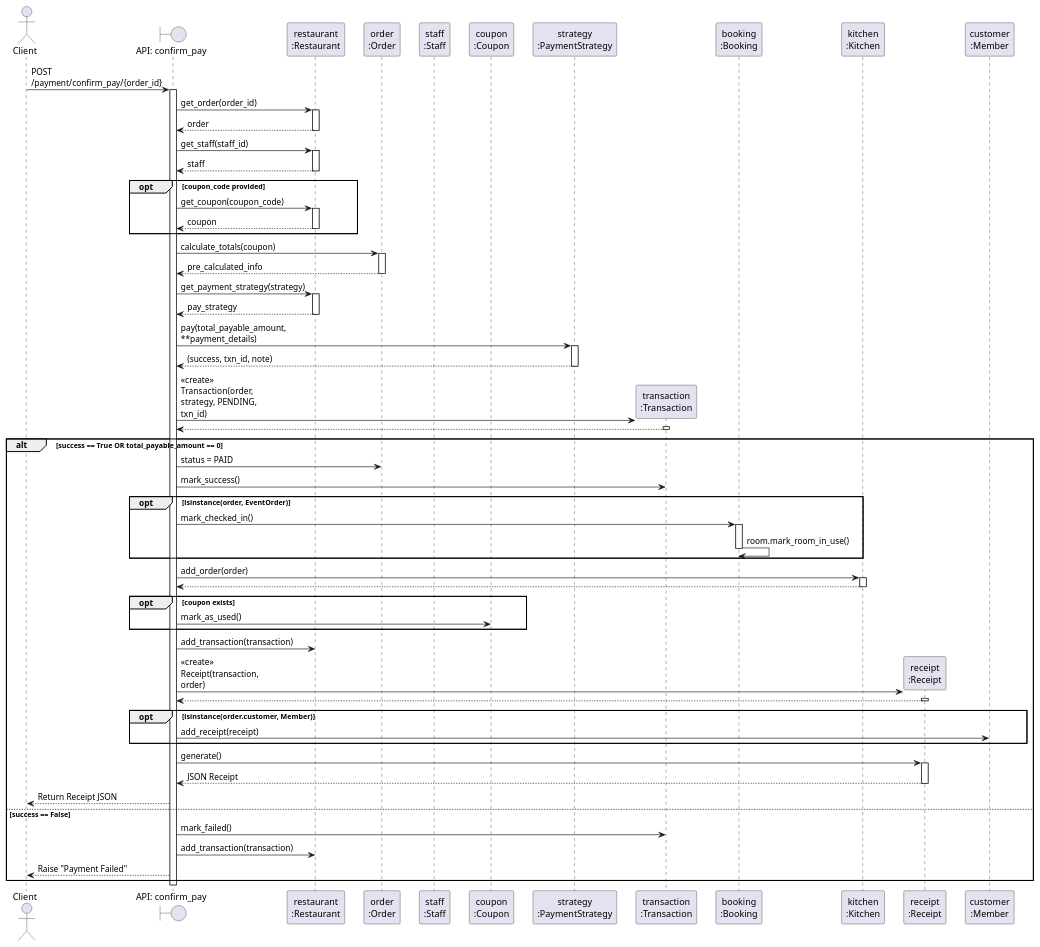
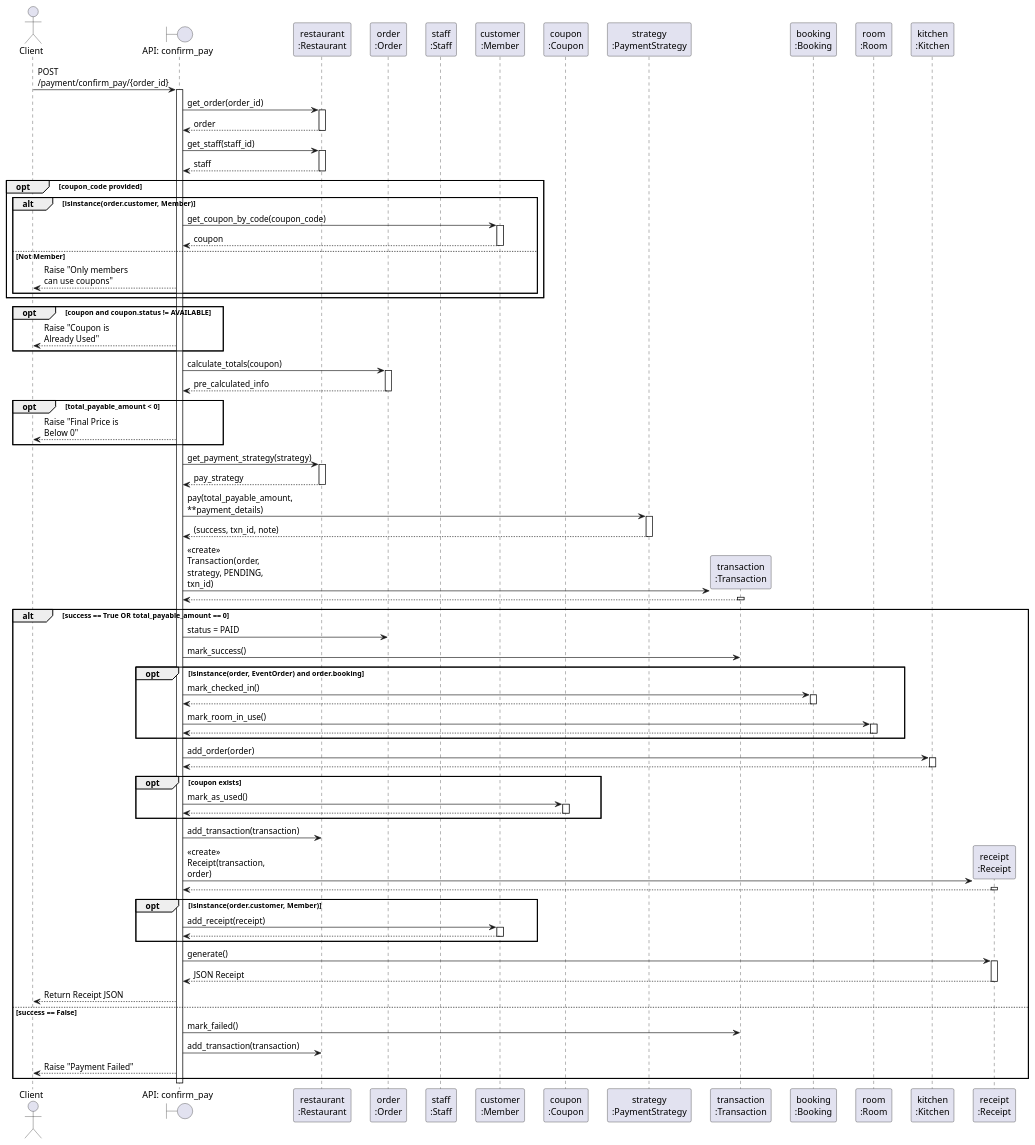
The diagram in project_dev/sequence_pay.puml (Telnwza/OOP), drawn with PlantUML before and after one commit.

Commit message:
Refactor confirm_pay sequence diagram: enhance coupon handling for members, add room usage marking, and improve transaction flow.

```diff
--- a/project_dev/sequence_pay.puml
+++ b/project_dev/sequence_pay.puml
@@ -1,105 +1,128 @@
 @startuml ConfirmPaySequence
 skinparam maxMessageSize 150
 skinparam ParticipantPadding 10
 skinparam BoxPadding 10
 
 actor Client
 boundary "API: confirm_pay" as API
 participant "restaurant\n:Restaurant" as Rest
 participant "order\n:Order" as Order
 participant "staff\n:Staff" as Staff
+participant "customer\n:Member" as Member
 participant "coupon\n:Coupon" as Coupon
 participant "strategy\n:PaymentStrategy" as Strategy
 participant "transaction\n:Transaction" as Txn
 participant "booking\n:Booking" as Booking
+participant "room\n:Room" as Room
 participant "kitchen\n:Kitchen" as Kitchen
 participant "receipt\n:Receipt" as Receipt
-participant "customer\n:Member" as Member
 
 Client -> API : POST /payment/confirm_pay/{order_id}
 activate API
 
 API -> Rest : get_order(order_id)
 activate Rest
 Rest --> API : order
 deactivate Rest
 
 API -> Rest : get_staff(staff_id)
 activate Rest
 Rest --> API : staff
 deactivate Rest
 
 opt coupon_code provided
-    API -> Rest : get_coupon(coupon_code)
-    activate Rest
-    Rest --> API : coupon
-    deactivate Rest
+    alt isinstance(order.customer, Member)
+        API -> Member : get_coupon_by_code(coupon_code)
+        activate Member
+        Member --> API : coupon
+        deactivate Member
+    else Not Member
+        API --> Client : Raise "Only members can use coupons"
+    end
+end
+
+opt coupon and coupon.status != AVAILABLE
+    API --> Client : Raise "Coupon is Already Used"
 end
 
 API -> Order : calculate_totals(coupon)
 activate Order
 Order --> API : pre_calculated_info
 deactivate Order
+
+opt total_payable_amount < 0
+    API --> Client : Raise "Final Price is Below 0"
+end
 
 API -> Rest : get_payment_strategy(strategy)
 activate Rest
 Rest --> API : pay_strategy
 deactivate Rest
 
 API -> Strategy : pay(total_payable_amount, **payment_details)
 activate Strategy
 Strategy --> API : (success, txn_id, note)
 deactivate Strategy
 
-
 API -> Txn ** : <<create>> Transaction(order, strategy, PENDING, txn_id)
 activate Txn
 Txn --> API
 deactivate Txn
 
 alt success == True OR total_payable_amount == 0
     API -> Order : status = PAID
     API -> Txn : mark_success()
     
-    opt isinstance(order, EventOrder)
+    opt isinstance(order, EventOrder) and order.booking
         API -> Booking : mark_checked_in()
         activate Booking
-        Booking -> Booking : room.mark_room_in_use()
+        Booking --> API
         deactivate Booking
+        
+        API -> Room : mark_room_in_use()
+        activate Room
+        Room --> API
+        deactivate Room
     end
 
     API -> Kitchen : add_order(order)
     activate Kitchen
     Kitchen --> API
     deactivate Kitchen
 
     opt coupon exists
         API -> Coupon : mark_as_used()
+        activate Coupon
+        Coupon --> API
+        deactivate Coupon
     end
 
     API -> Rest : add_transaction(transaction)
     
     API -> Receipt ** : <<create>> Receipt(transaction, order)
     activate Receipt
     Receipt --> API
     deactivate Receipt
     
     opt isinstance(order.customer, Member)
         API -> Member : add_receipt(receipt)
+        activate Member
+        Member --> API
+        deactivate Member
     end
     
     API -> Receipt : generate()
     activate Receipt
     Receipt --> API : JSON Receipt
     deactivate Receipt
     
     API --> Client : Return Receipt JSON
 
 else success == False
     API -> Txn : mark_failed()
     API -> Rest : add_transaction(transaction)
     API --> Client : Raise "Payment Failed"
 end
 
 deactivate API
 @enduml
```
